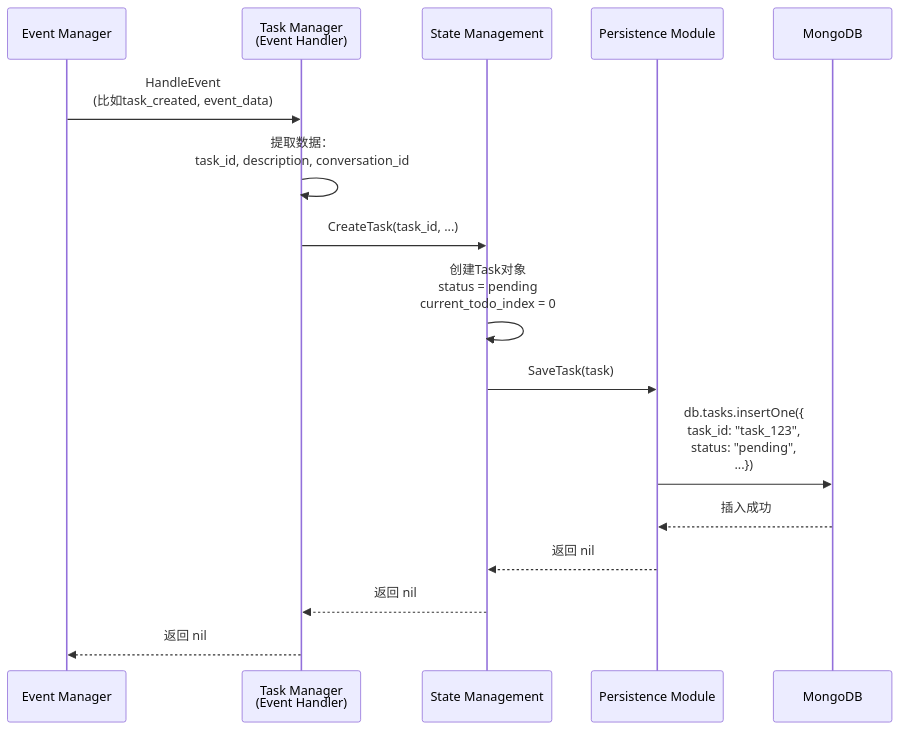
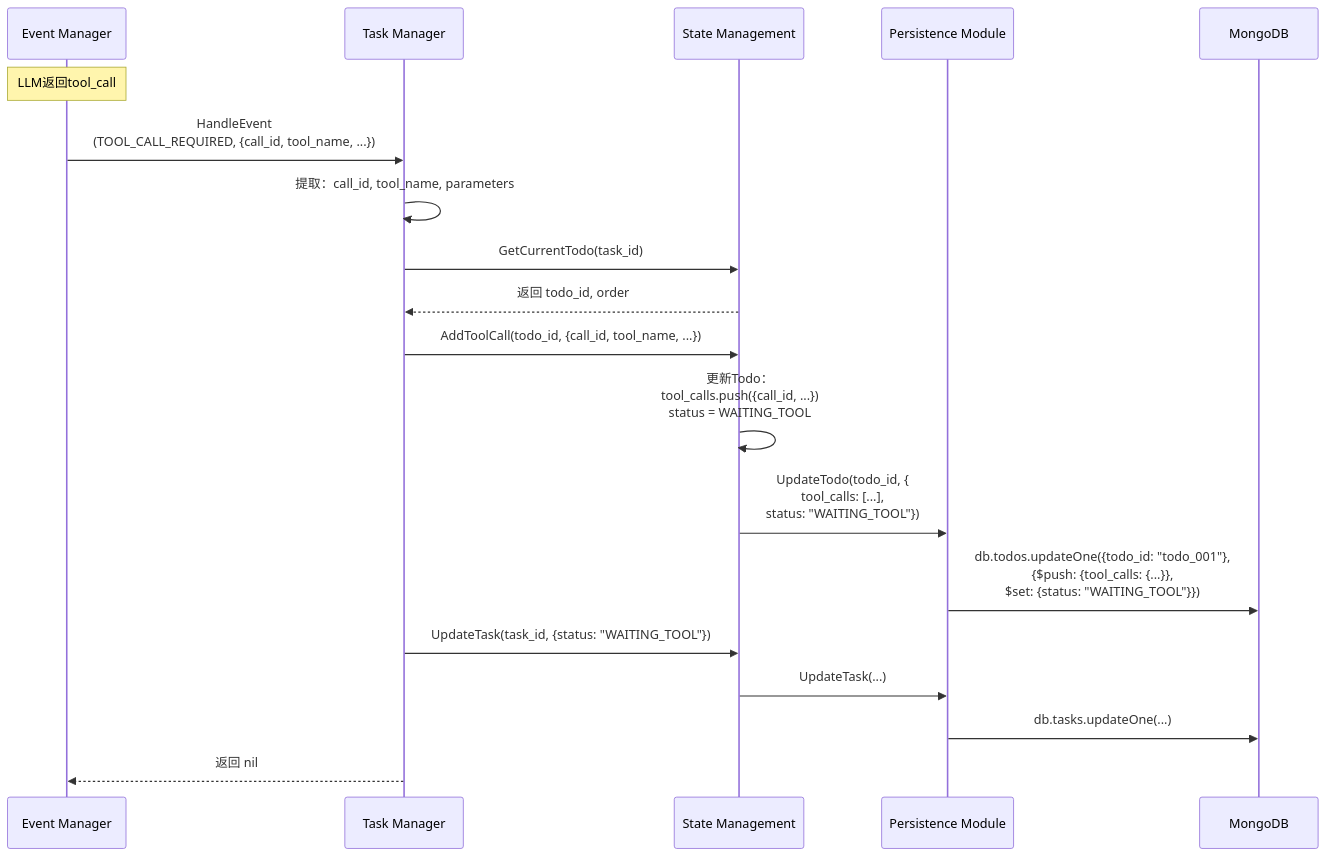
One commit to yingjianzh/iodraw-files changed the diagram in all/未命名-10.md. Above: the diagram before and after it, drawn with Mermaid.

Commit message:
2025-12-24 18:13:29 update

````diff
--- a/all/未命名-10.md
+++ b/all/未命名-10.md
@@ -1,25 +1,31 @@
 ```mermaid
 sequenceDiagram
     participant EventMgr as Event Manager
-    participant TaskMgr as Task Manager<br/>(Event Handler)
+    participant TaskMgr as Task Manager
     participant StateMgr as State Management
     participant Persist as Persistence Module
     participant MongoDB as MongoDB
 
-    EventMgr->>TaskMgr: HandleEvent<br/>(比如task_created, event_data)
+    Note over EventMgr: LLM返回tool_call
+
+    EventMgr->>TaskMgr: HandleEvent<br/>(TOOL_CALL_REQUIRED, {call_id, tool_name, ...})
     
-    TaskMgr->>TaskMgr: 提取数据：<br/>task_id, description, conversation_id
+    TaskMgr->>TaskMgr: 提取：call_id, tool_name, parameters
     
-    TaskMgr->>StateMgr: CreateTask(task_id, ...)
+    TaskMgr->>StateMgr: GetCurrentTodo(task_id)
+    StateMgr-->>TaskMgr: 返回 todo_id, order
     
-    StateMgr->>StateMgr: 创建Task对象<br/>status = pending<br/>current_todo_index = 0
+    TaskMgr->>StateMgr: AddToolCall(todo_id, {call_id, tool_name, ...})
     
-    StateMgr->>Persist: SaveTask(task)
+    StateMgr->>StateMgr: 更新Todo：<br/>tool_calls.push({call_id, ...})<br/>status = WAITING_TOOL
     
-    Persist->>MongoDB: db.tasks.insertOne({<br/>  task_id: "task_123",<br/>  status: "pending",<br/>  ...})
+    StateMgr->>Persist: UpdateTodo(todo_id, {<br/>  tool_calls: [...],<br/>  status: "WAITING_TOOL"})
     
-    MongoDB-->>Persist: 插入成功
-    Persist-->>StateMgr: 返回 nil
-    StateMgr-->>TaskMgr: 返回 nil
+    Persist->>MongoDB: db.todos.updateOne({todo_id: "todo_001"},<br/>  {$push: {tool_calls: {...}},<br/>   $set: {status: "WAITING_TOOL"}})
+    
+    TaskMgr->>StateMgr: UpdateTask(task_id, {status: "WAITING_TOOL"})
+    StateMgr->>Persist: UpdateTask(...)
+    Persist->>MongoDB: db.tasks.updateOne(...)
+    
     TaskMgr-->>EventMgr: 返回 nil
 ```
````
